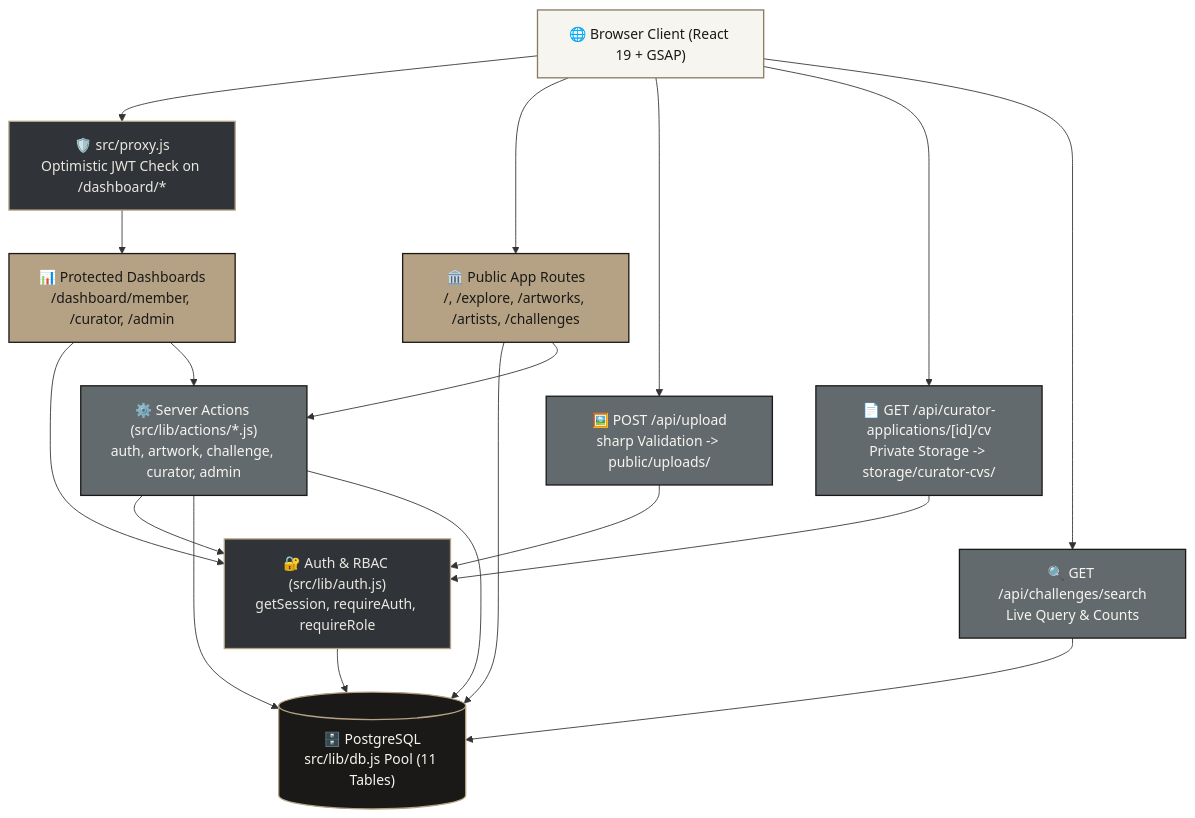
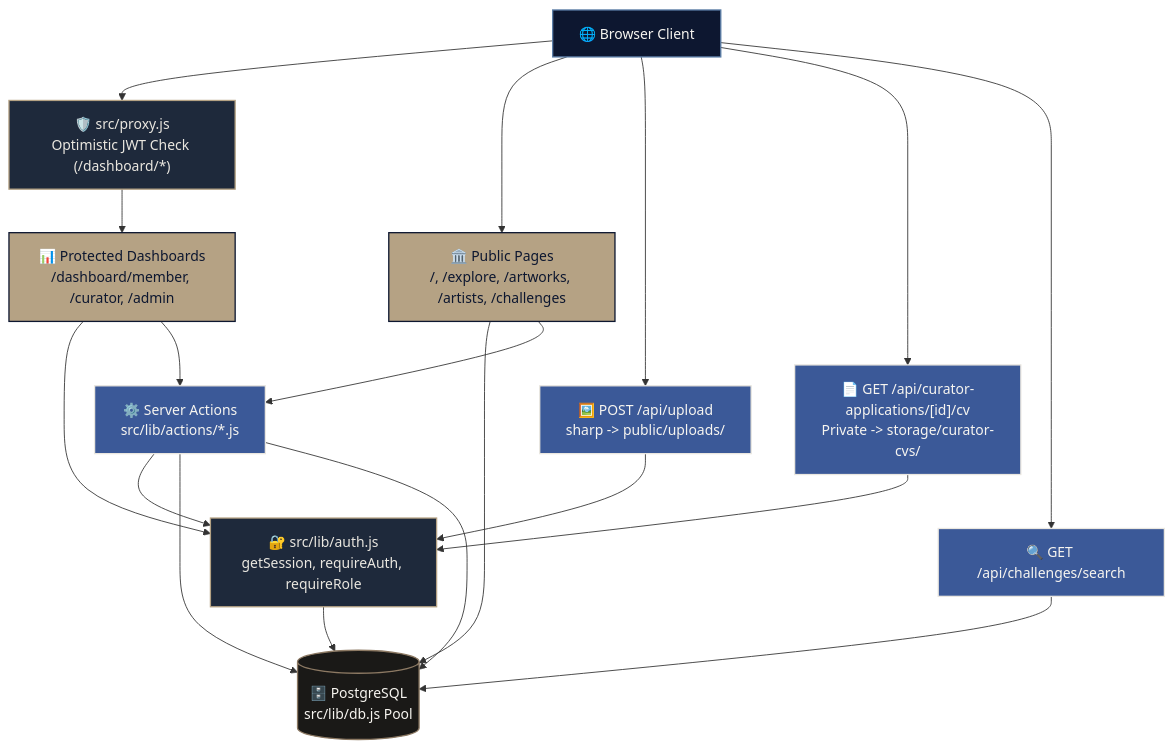
The second of 3 diagrams in README.md (aalfm/archive-art-showcase), drawn with Mermaid before and after one commit. The commit also changed other lines of this file and 1 other file, not shown here.

````diff
--- a/README.md
+++ b/README.md
@@ -238,43 +193,43 @@
 ```mermaid
 flowchart TD
-    Browser["🌐 Browser Client (React 19 + GSAP)"]
-    Proxy["🛡️ src/proxy.js\nOptimistic JWT Check on /dashboard/*"]
-    Public["🏛️ Public App Routes\n/, /explore, /artworks, /artists, /challenges"]
+    Client["🌐 Browser Client"]
+    Proxy["🛡️ src/proxy.js\nOptimistic JWT Check (/dashboard/*)"]
+    Public["🏛️ Public Pages\n/, /explore, /artworks, /artists, /challenges"]
     Dash["📊 Protected Dashboards\n/dashboard/member, /curator, /admin"]
-    Auth["🔐 Auth & RBAC (src/lib/auth.js)\ngetSession, requireAuth, requireRole"]
-    Actions["⚙️ Server Actions (src/lib/actions/*.js)\nauth, artwork, challenge, curator, admin"]
-    UploadAPI["🖼️ POST /api/upload\nsharp Validation -> public/uploads/"]
-    CvAPI["📄 GET /api/curator-applications/[id]/cv\nPrivate Storage -> storage/curator-cvs/"]
-    SearchAPI["🔍 GET /api/challenges/search\nLive Query & Counts"]
-    DB[("🗄️ PostgreSQL\nsrc/lib/db.js Pool (11 Tables)")]
+    Auth["🔐 src/lib/auth.js\ngetSession, requireAuth, requireRole"]
+    Actions["⚙️ Server Actions\nsrc/lib/actions/*.js"]
+    Upload["🖼️ POST /api/upload\nsharp -> public/uploads/"]
+    CV["📄 GET /api/curator-applications/[id]/cv\nPrivate -> storage/curator-cvs/"]
+    Search["🔍 GET /api/challenges/search"]
+    DB[("🗄️ PostgreSQL\nsrc/lib/db.js Pool")]
 
-    Browser --> Proxy
-    Browser --> Public
+    Client --> Proxy
+    Client --> Public
     Proxy --> Dash
     Public --> DB
     Dash --> Auth
     Auth --> DB
     Dash --> Actions
     Public --> Actions
     Actions --> Auth
     Actions --> DB
-    Browser --> UploadAPI
-    Browser --> CvAPI
-    Browser --> SearchAPI
-    UploadAPI --> Auth
-    CvAPI --> Auth
-    SearchAPI --> DB
+    Client --> Upload
+    Client --> CV
+    Client --> Search
+    Upload --> Auth
+    CV --> Auth
+    Search --> DB
     Actions --> DB
 
-    classDef charcoal fill:#1A1917,stroke:#B5A284,color:#F7F5F0,stroke-width:1.5px;
-    classDef sand fill:#B5A284,stroke:#1A1917,color:#1A1917,stroke-width:1.5px;
-    classDef slate fill:#303438,stroke:#B5A284,color:#EAE7E0,stroke-width:1.5px;
-    classDef stone fill:#626A6D,stroke:#1A1917,color:#F7F5F0,stroke-width:1.5px;
-    classDef ivory fill:#F7F5F0,stroke:#8C7963,color:#1A1917,stroke-width:1.5px;
+    classDef navy fill:#0D1730,stroke:#5C7FA8,color:#F7F5F0,stroke-width:1.5px;
+    classDef slate fill:#1E293B,stroke:#B5A284,color:#EAE7E0,stroke-width:1.5px;
+    classDef sand fill:#B5A284,stroke:#0D1730,color:#0D1730,stroke-width:1.5px;
+    classDef blue fill:#3B5998,stroke:#EAE7E0,color:#F7F5F0,stroke-width:1.5px;
+    classDef charcoal fill:#1A1917,stroke:#8C7963,color:#F7F5F0,stroke-width:1.5px;
 
-    class Browser ivory;
+    class Client navy;
     class Proxy,Auth slate;
     class Public,Dash sand;
-    class Actions,UploadAPI,CvAPI,SearchAPI stone;
+    class Actions,Upload,CV,Search blue;
     class DB charcoal;
 ```
````
